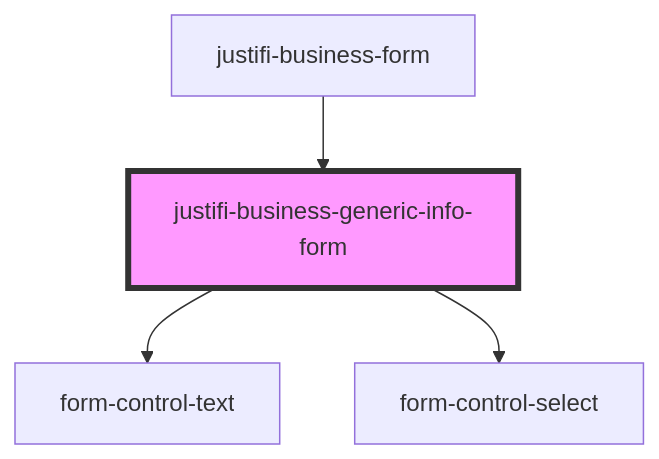
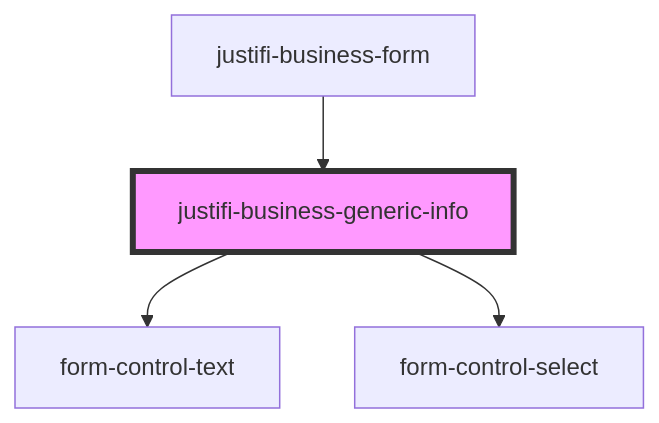
The diagram in stencil-library/src/components/business-form/business-generic-info/readme.md (justifi-tech/web-component-library), drawn with Mermaid before and after one commit. The commit also changed other lines of this file and 7 other files, not shown here.

````diff
--- a/stencil-library/src/components/business-form/business-generic-info/readme.md
+++ b/stencil-library/src/components/business-form/business-generic-info/readme.md
@@ -35,7 +27,7 @@
 ```mermaid
 graph TD;
-  justifi-business-generic-info-form --> form-control-text
-  justifi-business-generic-info-form --> form-control-select
-  justifi-business-form --> justifi-business-generic-info-form
-  style justifi-business-generic-info-form fill:#f9f,stroke:#333,stroke-width:4px
+  justifi-business-generic-info --> form-control-text
+  justifi-business-generic-info --> form-control-select
+  justifi-business-form --> justifi-business-generic-info
+  style justifi-business-generic-info fill:#f9f,stroke:#333,stroke-width:4px
 ```
````
